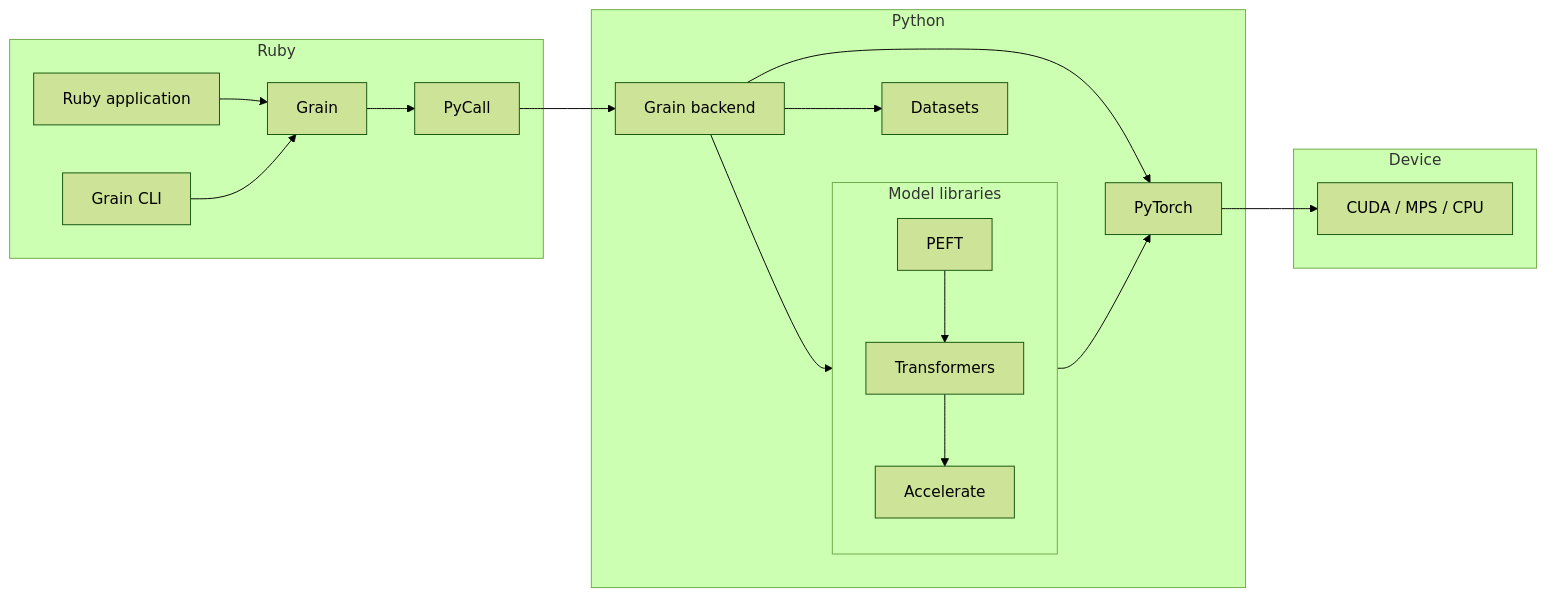
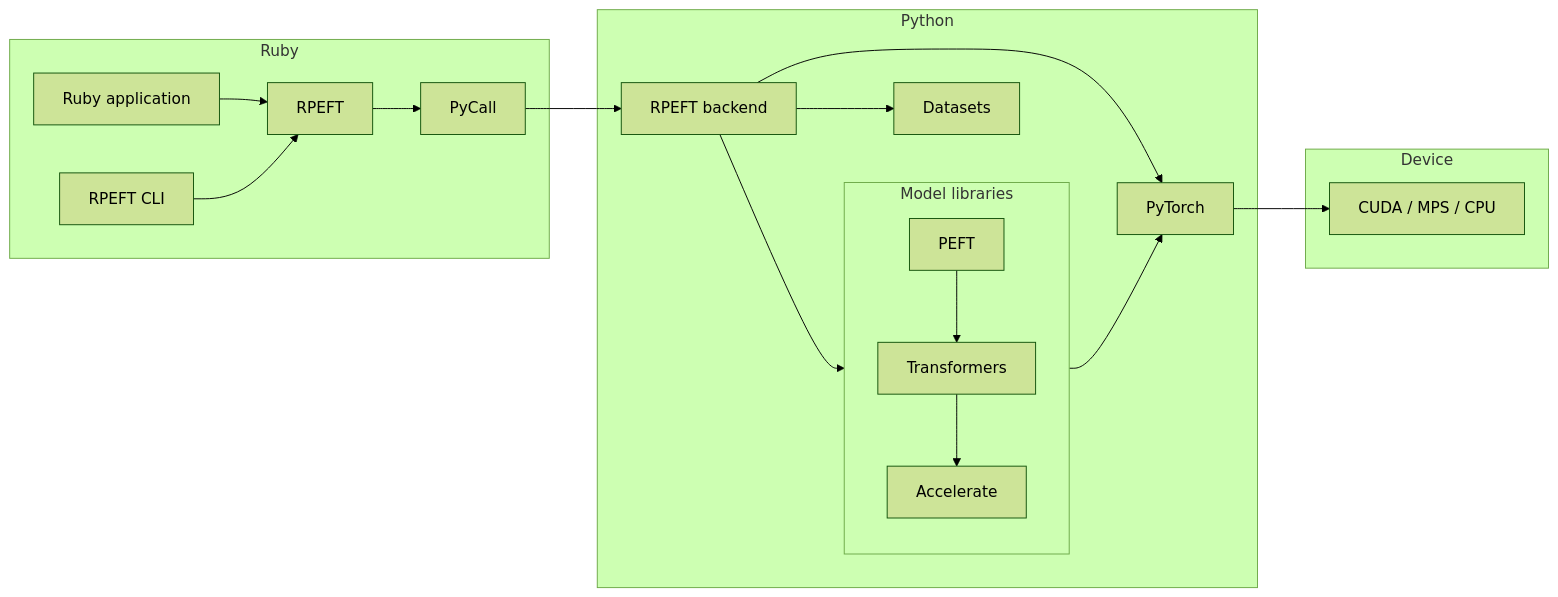
One commit to koic/rpeft changed the second of 2 diagrams in README.md. Above: the diagram before and after it, drawn with Mermaid (forest theme). The commit also changed other lines of this file and 85 other files, not shown here.

First line of the commit message:
Rename the gem from grain to RPEFT

````diff
--- a/README.md
+++ b/README.md
@@ -317,21 +318,21 @@
 ```mermaid
 flowchart LR
   subgraph rubyside [Ruby]
-    ruby[Ruby application] --> grain[Grain] --> pycall[PyCall]
-    cli[Grain CLI] --> grain
+    ruby[Ruby application] --> rpeft[RPEFT] --> pycall[PyCall]
+    cli[RPEFT CLI] --> rpeft
   end
   subgraph pythonside [Python]
-    backend[Grain backend]
+    backend[RPEFT backend]
     subgraph hf [Model libraries]
       direction TB
       peft[PEFT] --> transformers[Transformers] --> accelerate[Accelerate]
     end
     backend --> datasets[Datasets] & hf & torch[PyTorch]
     hf --> torch
   end
   subgraph devices [Device]
     device[CUDA / MPS / CPU]
   end
   pycall --> backend
   torch --> device
 ```
````
